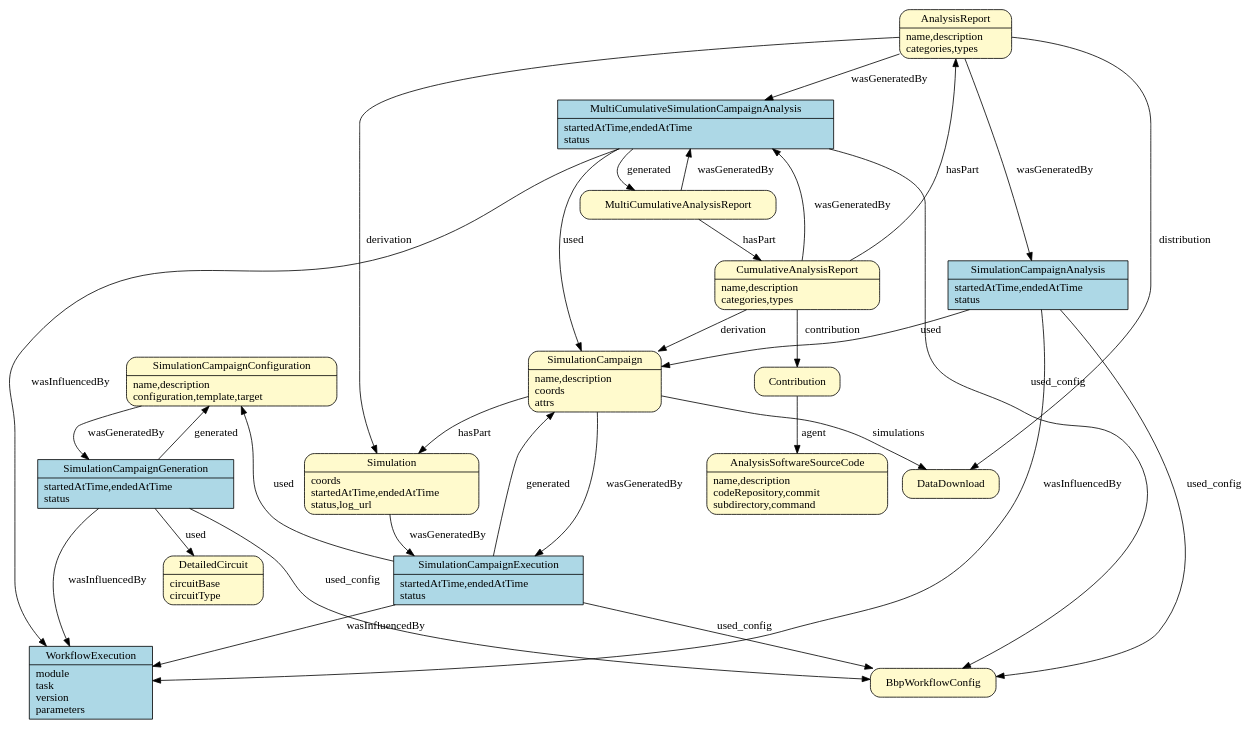
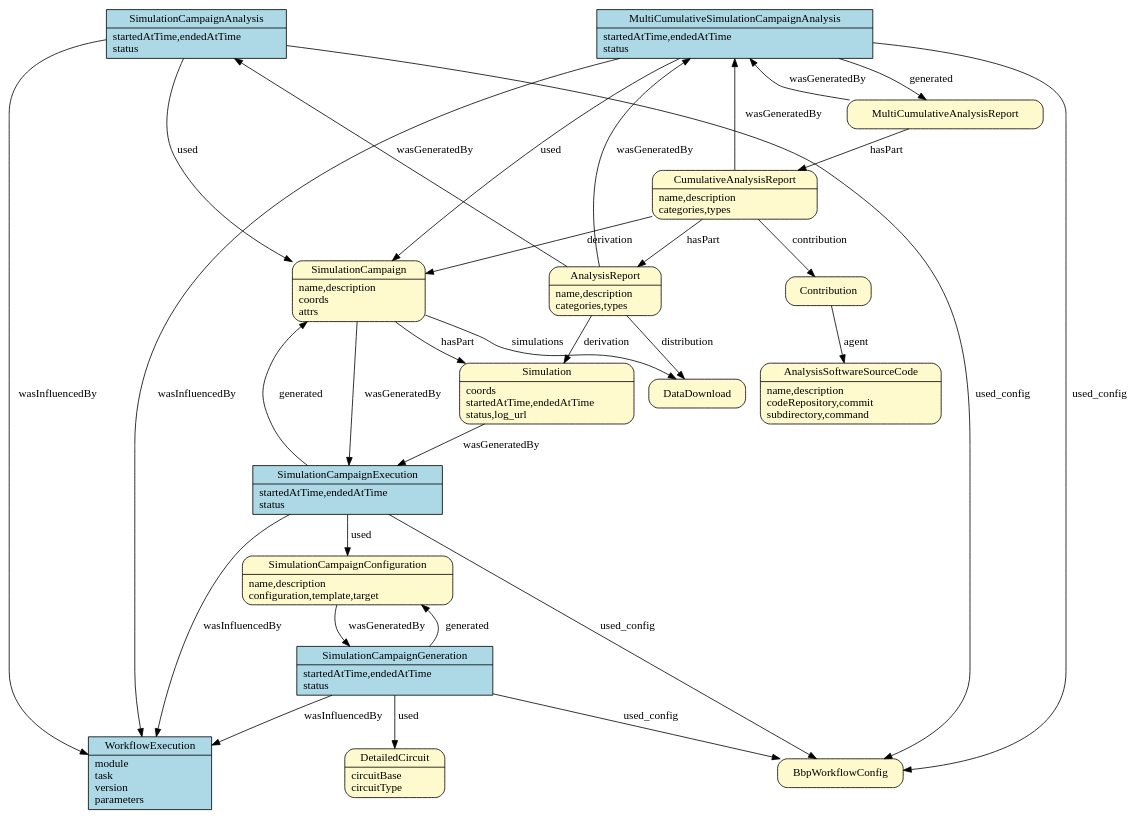
Before and after one commit to BlueBrain/entity-management: the fourth of 4 diagrams in doc/source/prov_patterns.rst, drawn with Graphviz.

Commit message:
Fix rank for visualization

```diff
--- a/doc/source/prov_patterns.rst
+++ b/doc/source/prov_patterns.rst
@@ -175,7 +175,8 @@
             href = "../generated/entity_management.core.html#entity_management.core.WorkflowExecution"
             target = "_top"
         ]
-        { rank=same SimulationCampaignConfiguration SimulationCampaign }
+        { rank=same SimulationCampaignAnalysis MultiCumulativeSimulationCampaignAnalysis }
+        # simulation
         SimulationCampaignGeneration -> BbpWorkflowConfig [label = "used_config"];
         SimulationCampaignGeneration -> DetailedCircuit [label = "used"];
         SimulationCampaignConfiguration -> SimulationCampaignGeneration [label = "wasGeneratedBy"];
@@ -189,6 +190,7 @@
         SimulationCampaign -> Simulation [label = "hasPart"];
         SimulationCampaign -> DataDownload [label = "simulations"];
         Simulation -> SimulationCampaignExecution [label = "wasGeneratedBy"];
+        # analysis
         SimulationCampaignAnalysis -> BbpWorkflowConfig [label = "used_config"];
         SimulationCampaignAnalysis -> SimulationCampaign [label = "used"];
         SimulationCampaignAnalysis -> WorkflowExecution [label = "wasInfluencedBy"];
```
